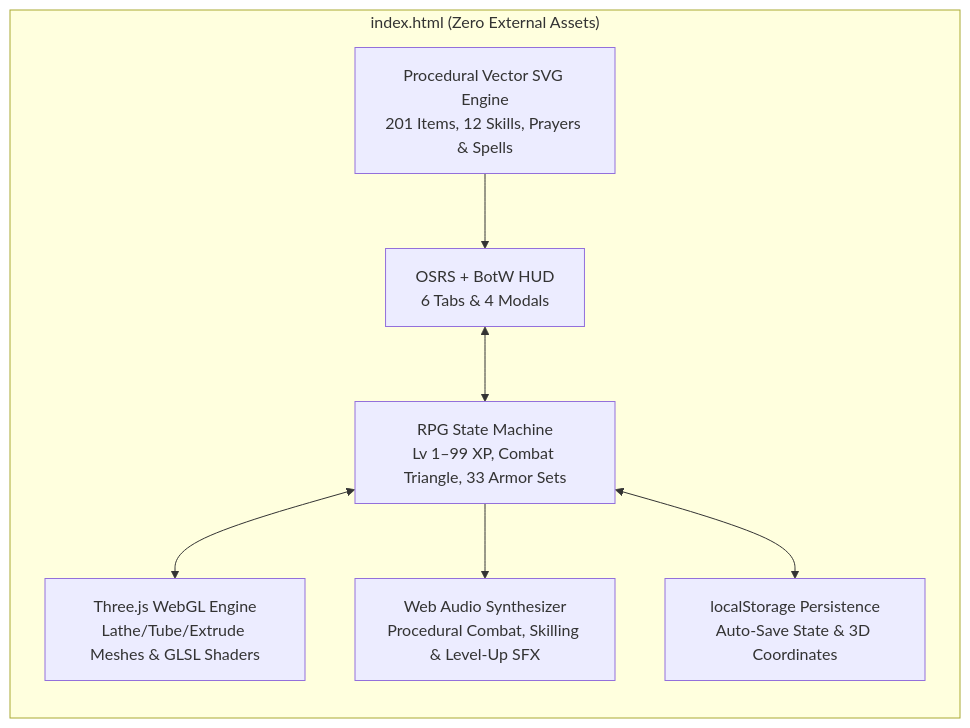
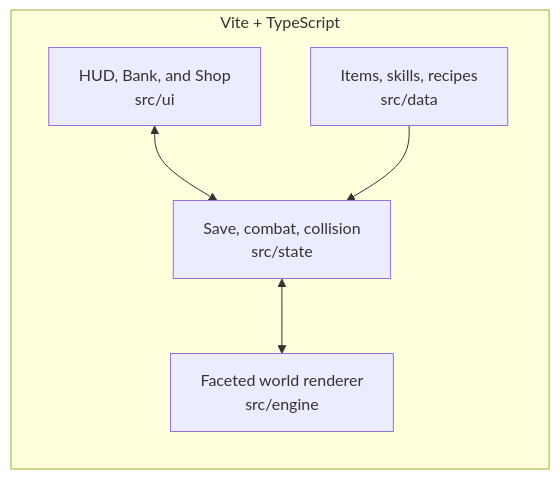
Before and after one commit to allansli/osrs-like: the diagram in README.md, drawn with Mermaid. The commit also changed other lines of this file and 30 other files, not shown here.

First line of the commit message:
Rebuild Gielinor Hero as a modular Vite client.

````diff
--- a/README.md
+++ b/README.md
@@ -98,17 +100,13 @@
 ```mermaid
 flowchart LR
-  subgraph SingleFile["index.html (Zero External Assets)"]
-    UI["OSRS + BotW HUD\n6 Tabs & 4 Modals"]
-    SVG["Procedural Vector SVG Engine\n201 Items, 12 Skills, Prayers & Spells"]
-    STATE["RPG State Machine\nLv 1–99 XP, Combat Triangle, 33 Armor Sets"]
-    THREE["Three.js WebGL Engine\nLathe/Tube/Extrude Meshes & GLSL Shaders"]
-    AUDIO["Web Audio Synthesizer\nProcedural Combat, Skilling & Level-Up SFX"]
-    STORE["localStorage Persistence\nAuto-Save State & 3D Coordinates"]
+  subgraph Client["Vite + TypeScript"]
+    UI["HUD, Bank, and Shop\nsrc/ui"]
+    DATA["Items, skills, recipes\nsrc/data"]
+    STATE["Save, combat, collision\nsrc/state"]
+    ENGINE["Faceted world renderer\nsrc/engine"]
   end
 
   UI <--> STATE
-  SVG --> UI
-  STATE <--> THREE
-  STATE --> AUDIO
-  STATE <--> STORE
+  DATA --> STATE
+  STATE <--> ENGINE
 ```
````
